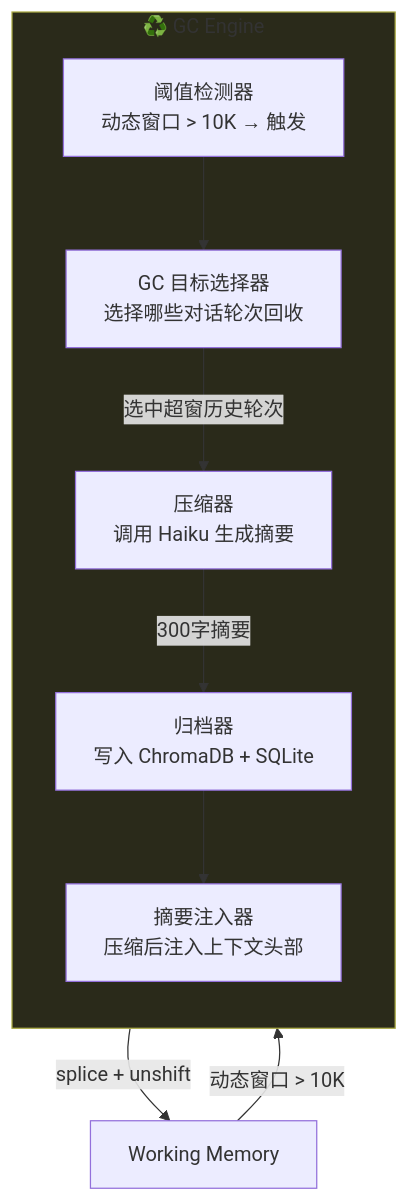
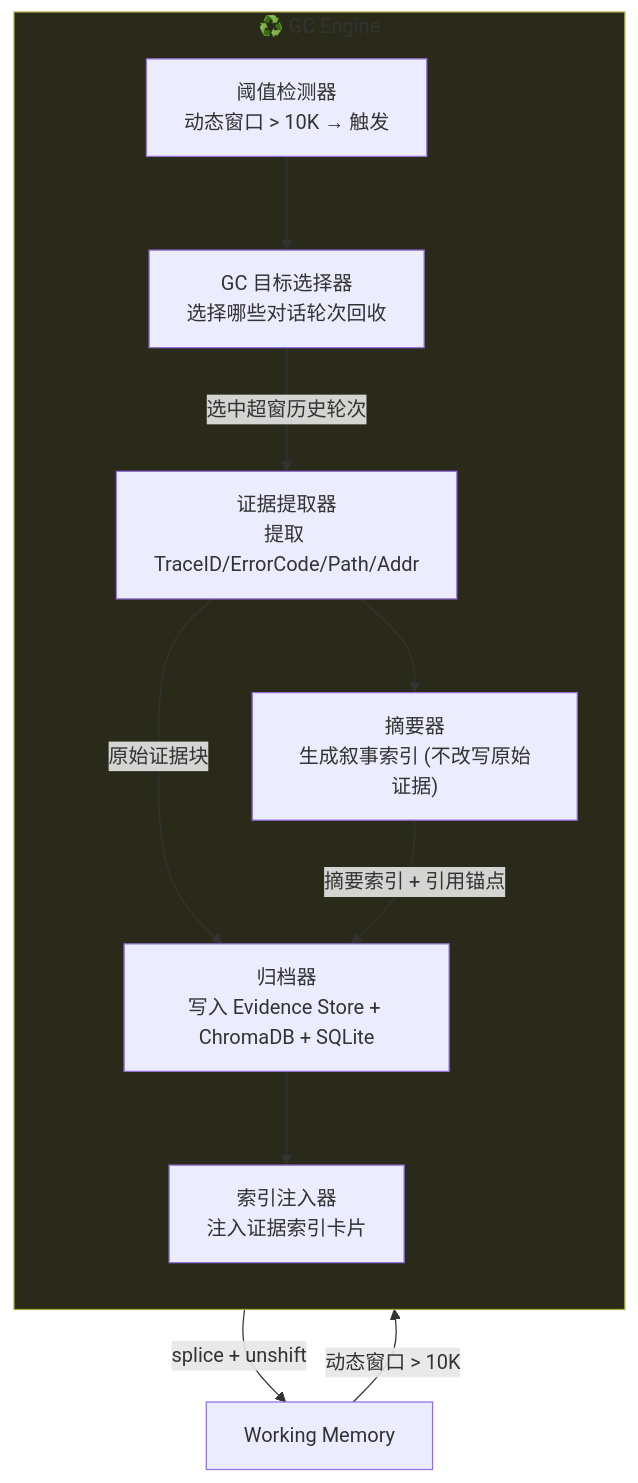
Diagram 12 of 17 in doc/11-brain-layer-modules.md (Yidhar/Embla_System), drawn with Mermaid before and after one commit. The commit also changed other lines of this file and 13 other files, not shown here.

Commit message:
docs: refresh architecture specs and security blindspot baseline

````diff
--- a/doc/11-brain-layer-modules.md
+++ b/doc/11-brain-layer-modules.md
@@ -539,20 +541,23 @@
 ```mermaid
 flowchart TB
     subgraph GCEngine["♻️ GC Engine"]
         direction TB
         DETECTOR["阈值检测器<br/>动态窗口 > 10K → 触发"]
         SELECTOR["GC 目标选择器<br/>选择哪些对话轮次回收"]
-        COMPRESSOR["压缩器<br/>调用 Haiku 生成摘要"]
-        ARCHIVER["归档器<br/>写入 ChromaDB + SQLite"]
-        INJECTOR["摘要注入器<br/>压缩后注入上下文头部"]
+        EXTRACTOR["证据提取器<br/>提取 TraceID/ErrorCode/Path/Addr"]
+        SUMMARIZER["摘要器<br/>生成叙事索引 (不改写原始证据)"]
+        ARCHIVER["归档器<br/>写入 Evidence Store + ChromaDB + SQLite"]
+        INJECTOR["索引注入器<br/>注入证据索引卡片"]
     end
 
     WM["Working Memory"] -->|"动态窗口 > 10K"| DETECTOR
     DETECTOR --> SELECTOR
-    SELECTOR -->|"选中超窗历史轮次"| COMPRESSOR
-    COMPRESSOR -->|"300字摘要"| ARCHIVER
+    SELECTOR -->|"选中超窗历史轮次"| EXTRACTOR
+    EXTRACTOR --> SUMMARIZER
+    EXTRACTOR -->|"原始证据块"| ARCHIVER
+    SUMMARIZER -->|"摘要索引 + 引用锚点"| ARCHIVER
     ARCHIVER --> INJECTOR
     INJECTOR -->|"splice + unshift"| WM
 
     style GCEngine fill:#2a2a1a,stroke:#aaaa44
 ```
````
